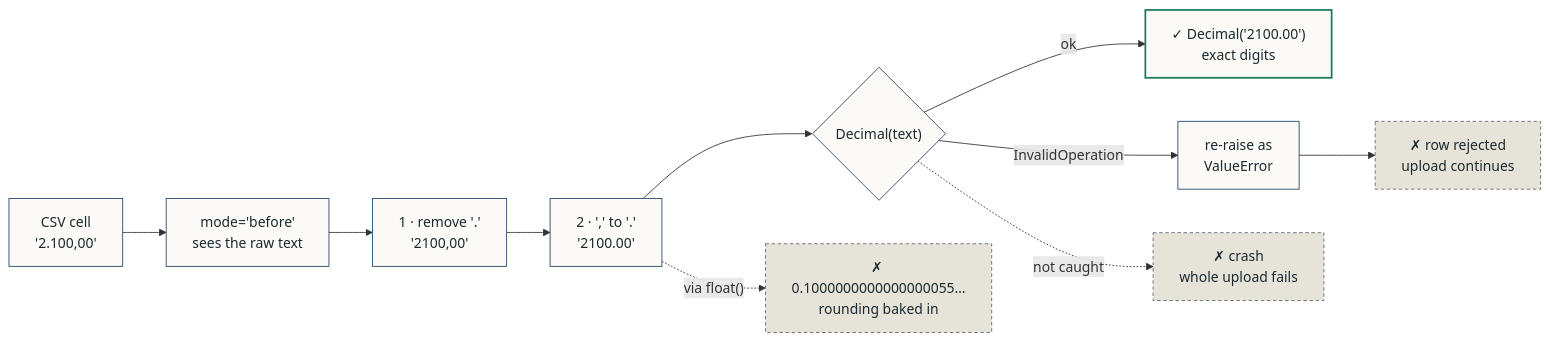
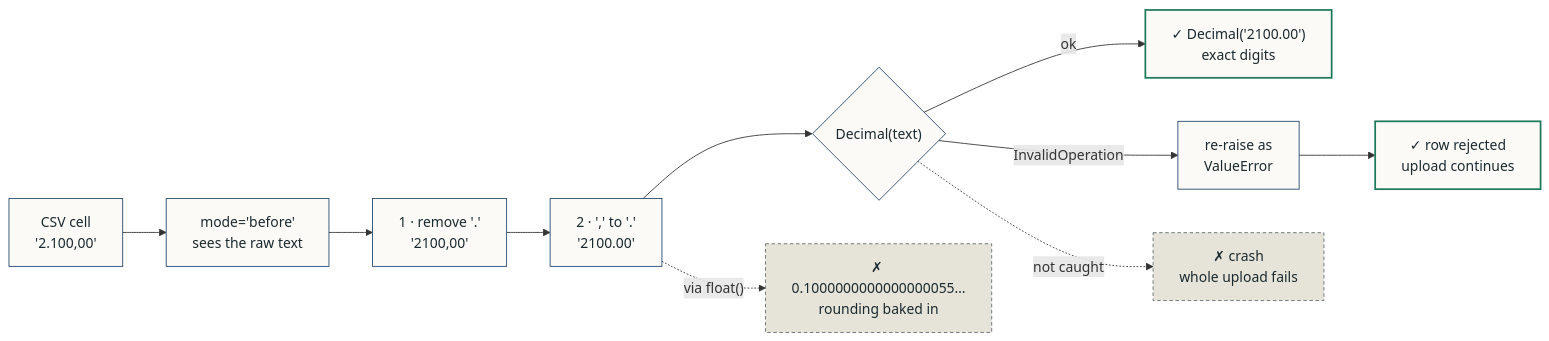
The second of 4 diagrams in docs/LEARNING_LOG.md (irenehbote/ihb-01-finance-categorizer), drawn with Mermaid before and after one commit. The commit also changed other lines of this file and 3 other files, not shown here.

First line of the commit message:
docs: fix diagram layout and Markdown merging on GitHub

````diff
--- a/docs/LEARNING_LOG.md
+++ b/docs/LEARNING_LOG.md
@@ -56,19 +67,19 @@
 ```mermaid
 flowchart LR
     A["CSV cell<br/>'2.100,00'"] --> B["mode='before'<br/>sees the raw text"]
     B --> C["1 · remove '.'<br/>'2100,00'"]
     C --> D["2 · ',' to '.'<br/>'2100.00'"]
     D --> E{"Decimal(text)"}
     E -->|ok| F["✓ Decimal('2100.00')<br/>exact digits"]
     E -->|InvalidOperation| G["re-raise as<br/>ValueError"]
-    G --> H["✗ row rejected<br/>upload continues"]
+    G --> H["✓ row rejected<br/>upload continues"]
     E -.->|not caught| X["✗ crash<br/>whole upload fails"]
     D -.->|"via float()"| Y["✗ 0.1000000000000000055…<br/>rounding baked in"]
 
     classDef step fill:#FBFAF6,stroke:#24466B,color:#1B2A2F
     classDef good fill:#FBFAF6,stroke:#1F7A5A,stroke-width:2px,color:#1B2A2F
     classDef bad fill:#E6E3D9,stroke:#5F6B6E,stroke-dasharray:4 3,color:#1B2A2F
     class A,B,C,D,E,G step
-    class F good
-    class H,X,Y bad
+    class F,H good
+    class X,Y bad
 ```
````
